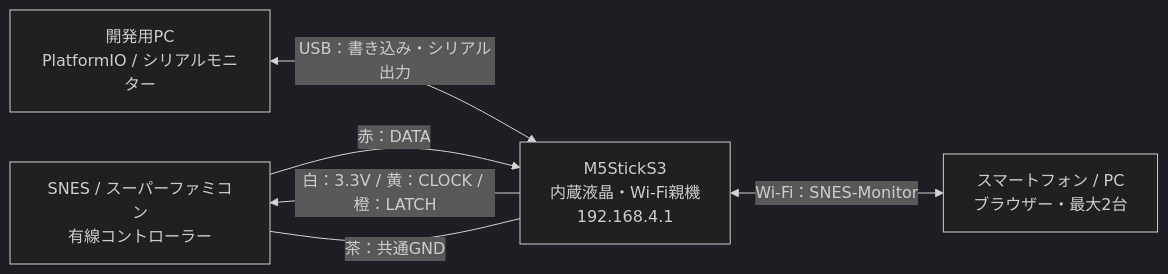
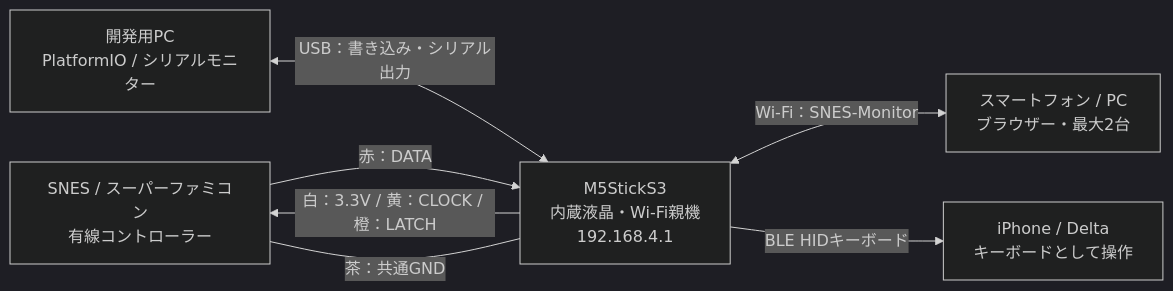
One commit to otitbridge/snes-controller-m5stick-s3 changed the first of 2 diagrams in README.md. Above: the diagram before and after it, drawn with Mermaid (dark theme). The commit also changed other lines of this file and 8 other files, not shown here.

Commit message:
Add BLE keyboard support and stabilize iPhone pairing

````diff
--- a/README.md
+++ b/README.md
@@ -68,13 +85,15 @@
 ```mermaid
 flowchart LR
     Controller["SNES / スーパーファミコン<br/>有線コントローラー"]
     Stick["M5StickS3<br/>内蔵液晶・Wi-Fi親機<br/>192.168.4.1"]
     Browser["スマートフォン / PC<br/>ブラウザー・最大2台"]
+    Delta["iPhone / Delta<br/>キーボードとして操作"]
     DevPC["開発用PC<br/>PlatformIO / シリアルモニター"]
 
     Stick -->|"白：3.3V / 黄：CLOCK / 橙：LATCH"| Controller
     Controller -->|"赤：DATA"| Stick
     Stick ---|"茶：共通GND"| Controller
     Stick <-->|"Wi-Fi：SNES-Monitor"| Browser
+    Stick -->|"BLE HIDキーボード"| Delta
     DevPC <-->|"USB：書き込み・シリアル出力"| Stick
 ```
````
